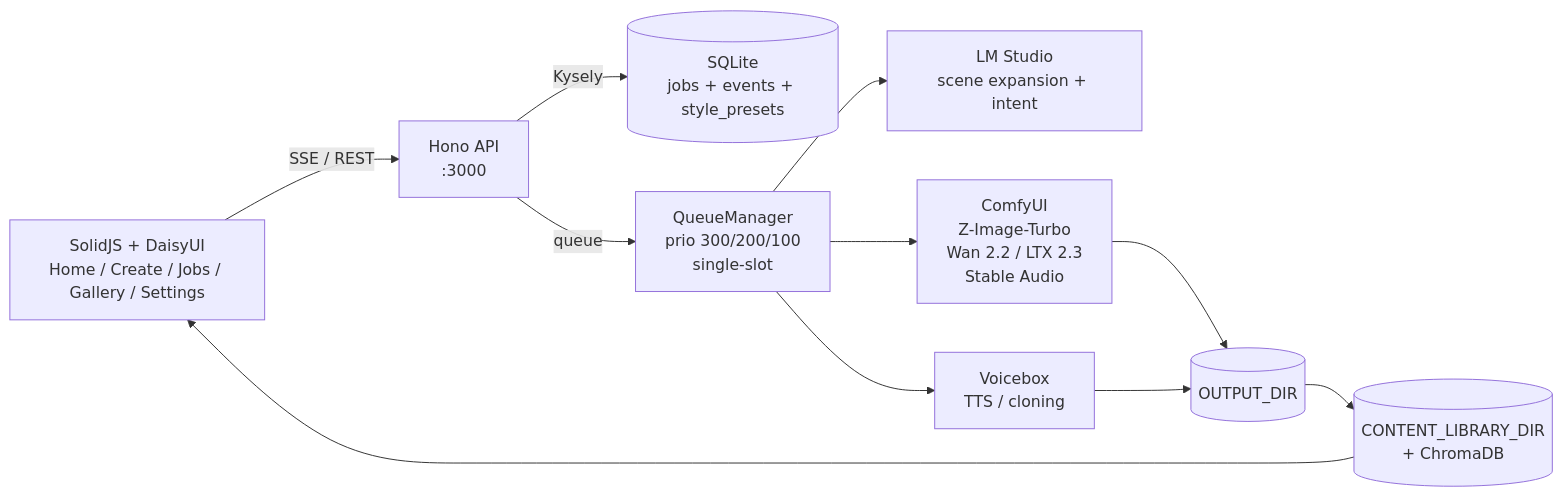
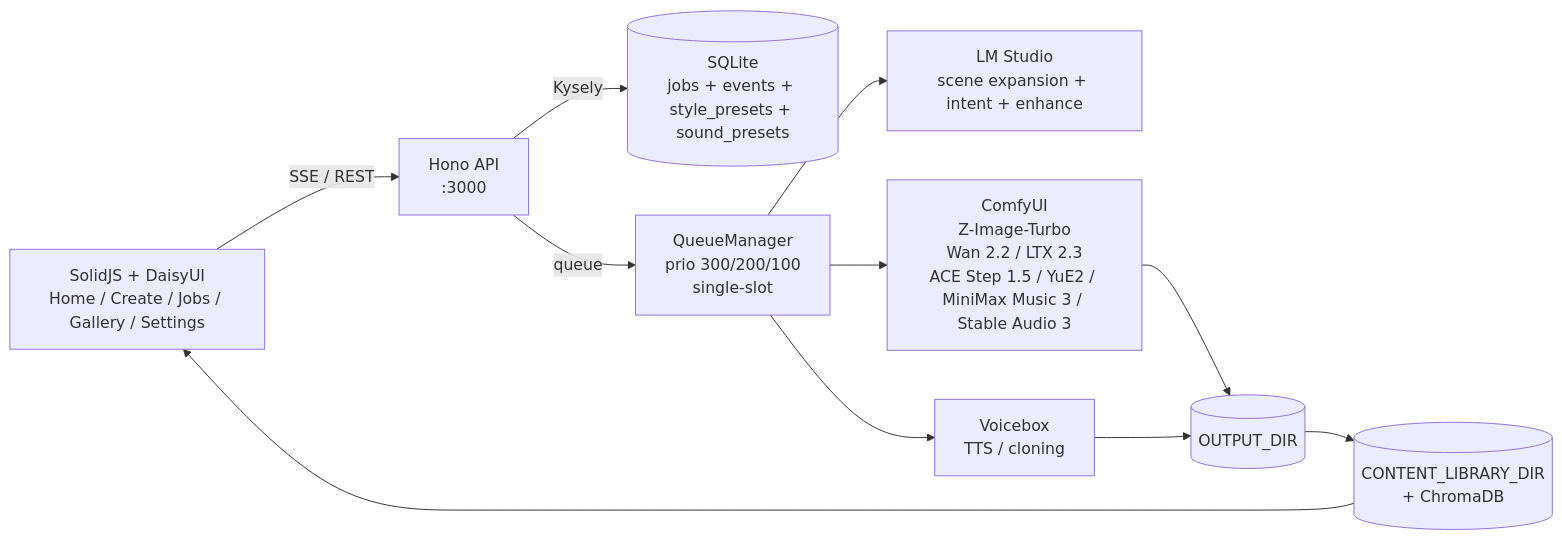
Before and after one commit to pelenloth/silicon-seeds: the diagram in README.md, drawn with Mermaid. The commit also changed other lines of this file and 3 other files, not shown here.

Commit message:
docs(readme): document multi-model audio studio, sound presets, and refresh screenshots (#88)

````diff
--- a/README.md
+++ b/README.md
@@ -196,13 +220,13 @@
 ```mermaid
 flowchart LR
   UI[SolidJS + DaisyUI<br/>Home / Create / Jobs / Gallery / Settings] -- SSE / REST --> API[Hono API<br/>:3000]
-  API -- Kysely --> DB[(SQLite<br/>jobs + events + style_presets)]
+  API -- Kysely --> DB[(SQLite<br/>jobs + events + style_presets + sound_presets)]
   API -- queue --> Q[QueueManager<br/>prio 300/200/100<br/>single-slot]
-  Q --> LLM[LM Studio<br/>scene expansion + intent]
-  Q --> COMFY[ComfyUI<br/>Z-Image-Turbo<br/>Wan 2.2 / LTX 2.3<br/>Stable Audio]
+  Q --> LLM[LM Studio<br/>scene expansion + intent + enhance]
+  Q --> COMFY[ComfyUI<br/>Z-Image-Turbo<br/>Wan 2.2 / LTX 2.3<br/>ACE Step 1.5 / YuE2 / MiniMax Music 3 / Stable Audio 3]
   Q --> TTS[Voicebox<br/>TTS / cloning]
   COMFY --> OUT[(OUTPUT_DIR)]
   TTS --> OUT
   OUT --> LIB[(CONTENT_LIBRARY_DIR<br/>+ ChromaDB)]
   LIB --> UI
 ```
````
